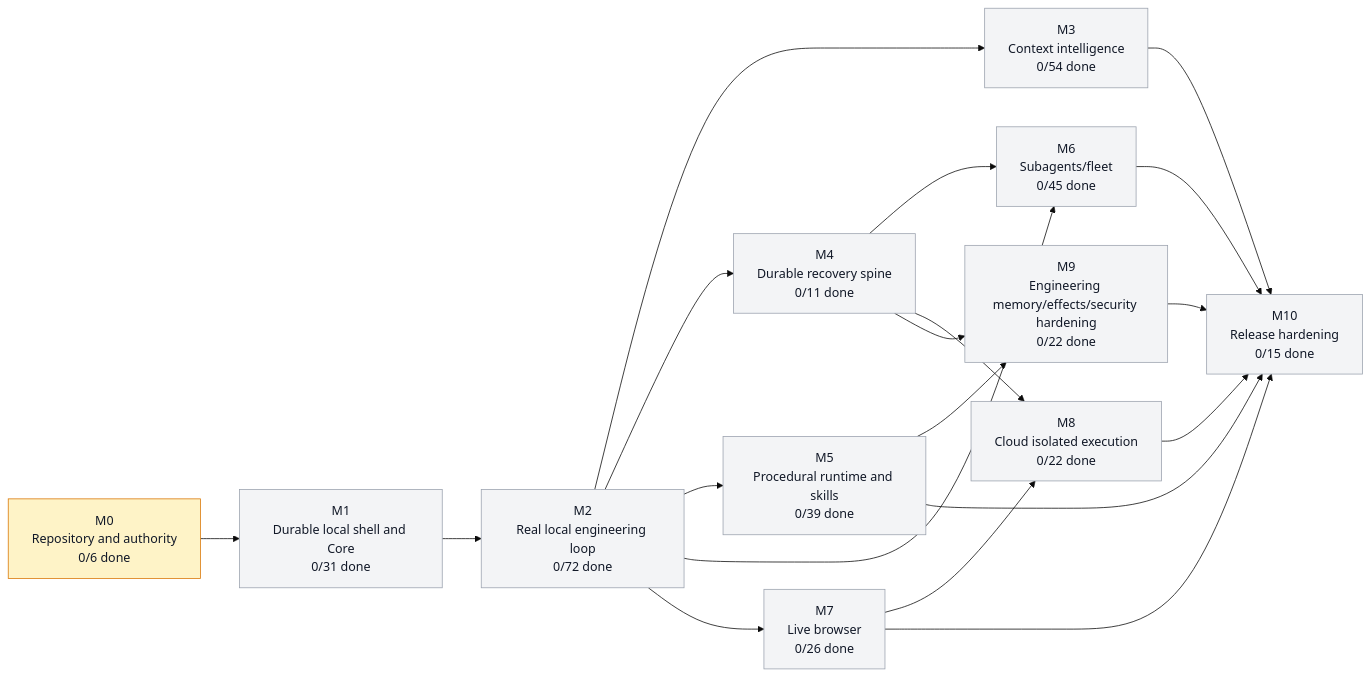
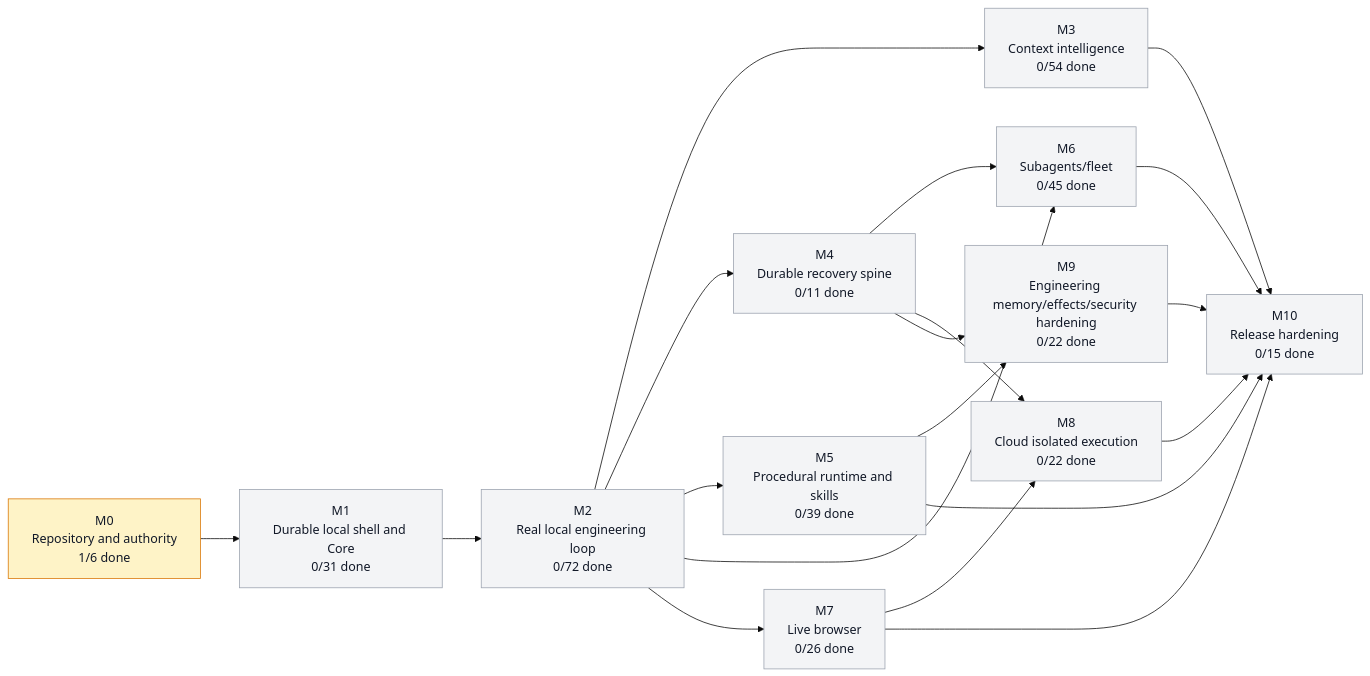
One commit to moss101/zmodbit changed the first of 3 diagrams in graph/PROJECT_GRAPH.md. Above: the diagram before and after it, drawn with Mermaid (base theme). The commit also changed other lines of this file and 3 other files, not shown here.

````diff
--- a/graph/PROJECT_GRAPH.md
+++ b/graph/PROJECT_GRAPH.md
@@ -43,43 +43,43 @@
 ```mermaid
 flowchart LR
-  M0["M0<br/>Repository and authority<br/>0/6 done"]
+  M0["M0<br/>Repository and authority<br/>1/6 done"]
   M1["M1<br/>Durable local shell and Core<br/>0/31 done"]
   M2["M2<br/>Real local engineering loop<br/>0/72 done"]
   M3["M3<br/>Context intelligence<br/>0/54 done"]
   M4["M4<br/>Durable recovery spine<br/>0/11 done"]
   M5["M5<br/>Procedural runtime and skills<br/>0/39 done"]
   M6["M6<br/>Subagents/fleet<br/>0/45 done"]
   M7["M7<br/>Live browser<br/>0/26 done"]
   M8["M8<br/>Cloud isolated execution<br/>0/22 done"]
   M9["M9<br/>Engineering memory/effects/security hardening<br/>0/22 done"]
   M10["M10<br/>Release hardening<br/>0/15 done"]
   M0 --> M1
   M1 --> M2
   M2 --> M3
   M2 --> M4
   M2 --> M5
   M2 --> M6
   M4 --> M6
   M2 --> M7
   M4 --> M8
   M7 --> M8
   M4 --> M9
   M5 --> M9
   M3 --> M10
   M5 --> M10
   M6 --> M10
   M7 --> M10
   M8 --> M10
   M9 --> M10
   style M0 fill:#fef3c7,stroke:#d97706,color:#111827
   style M1 fill:#f3f4f6,stroke:#9ca3af,color:#111827
   style M2 fill:#f3f4f6,stroke:#9ca3af,color:#111827
   style M3 fill:#f3f4f6,stroke:#9ca3af,color:#111827
   style M4 fill:#f3f4f6,stroke:#9ca3af,color:#111827
   style M5 fill:#f3f4f6,stroke:#9ca3af,color:#111827
   style M6 fill:#f3f4f6,stroke:#9ca3af,color:#111827
   style M7 fill:#f3f4f6,stroke:#9ca3af,color:#111827
   style M8 fill:#f3f4f6,stroke:#9ca3af,color:#111827
   style M9 fill:#f3f4f6,stroke:#9ca3af,color:#111827
   style M10 fill:#f3f4f6,stroke:#9ca3af,color:#111827
 ```
````
